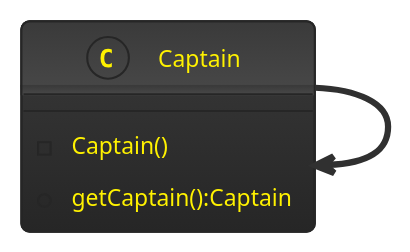
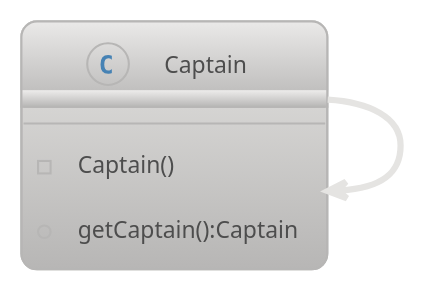
The diagram in src/DesignPatterns/Singleton/Diagrams/class.pu (mrZero88/CodingSkills), drawn with PlantUML before and after one commit. The commit also changed 12 other files, not shown here.

```diff
--- a/src/DesignPatterns/Singleton/Diagrams/class.pu
+++ b/src/DesignPatterns/Singleton/Diagrams/class.pu
@@ -1,10 +1,10 @@
 @startuml Class
-!theme black-knight
+!theme metal
 class Captain {
     -Captain()
     +getCaptain():Captain
 }
 
 Captain -> Captain
 
 @enduml
```
